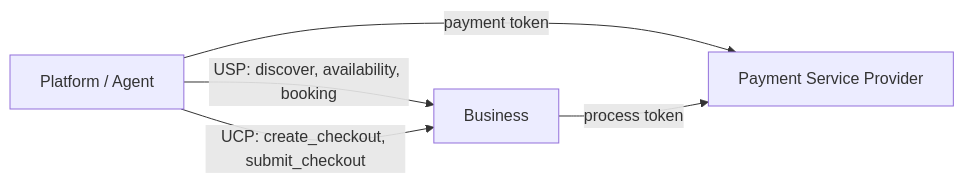
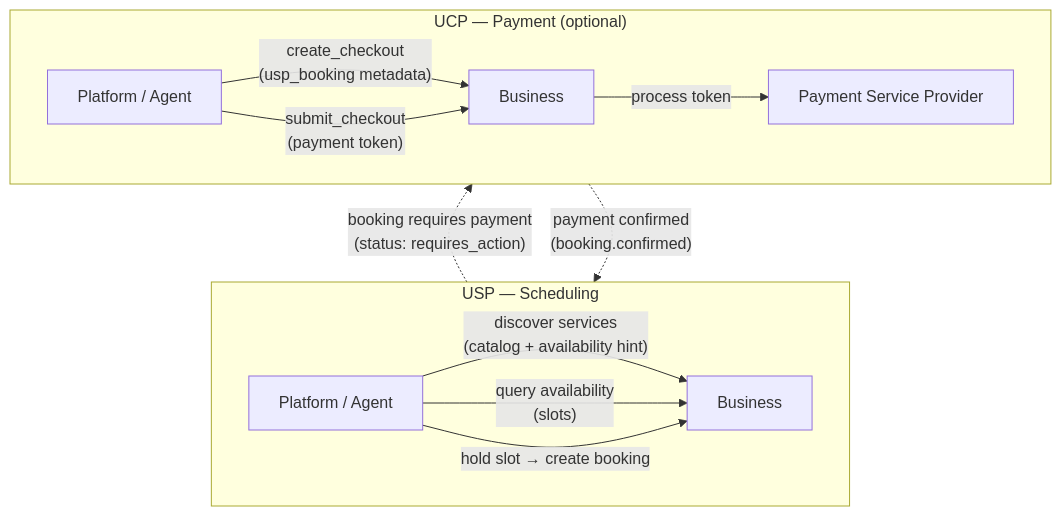
One commit to wix/universal-scheduling-protocol changed the first of 4 diagrams in specification.md. Above: the diagram before and after it, drawn with Mermaid. The commit also changed other lines of this file, not shown here.

Commit message:
Redesign high-level architecture diagram to separate USP and UCP
Split the single flat diagram into two subgraphs highlighting USP
(Scheduling) and UCP (Payment) as distinct protocols. USP is shown
as standalone with its full lifecycle (discovery, availability hints,
slots, holds, bookings). UCP is labeled optional, connected via dashed
arrows showing the integration point when payment is required.

````diff
--- a/specification.md
+++ b/specification.md
@@ -69,7 +69,19 @@
 ```mermaid
-graph LR
-    P[Platform / Agent] -- "USP: discover, availability, booking" --> B[Business]
-    P -- "UCP: create_checkout, submit_checkout" --> B
-    P -- "payment token" --> PSP[Payment Service Provider]
-    B -- "process token" --> PSP
+graph BT
+    subgraph UCP ["UCP — Payment (optional)"]
+        direction LR
+        P2[Platform / Agent] -- "create_checkout\n(usp_booking metadata)" --> B2[Business]
+        P2 -- "submit_checkout\n(payment token)" --> B2
+        B2 -- "process token" --> PSP[Payment Service Provider]
+    end
+
+    subgraph USP ["USP — Scheduling"]
+        direction LR
+        P[Platform / Agent] -- "discover services\n(catalog + availability hint)" --> B[Business]
+        P -- "query availability\n(slots)" --> B
+        P -- "hold slot → create booking" --> B
+    end
+
+    USP -. "booking requires payment\n(status: requires_action)" .-> UCP
+    UCP -. "payment confirmed\n(booking.confirmed)" .-> USP
 ```
````
